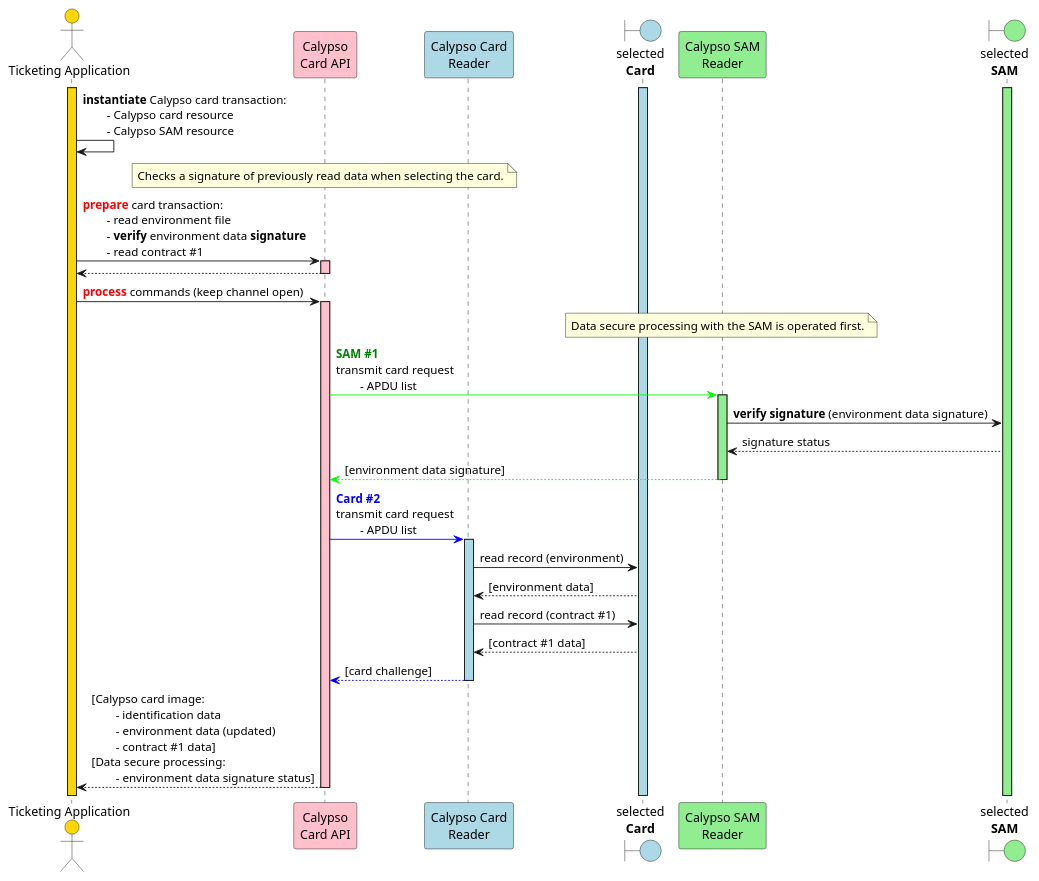
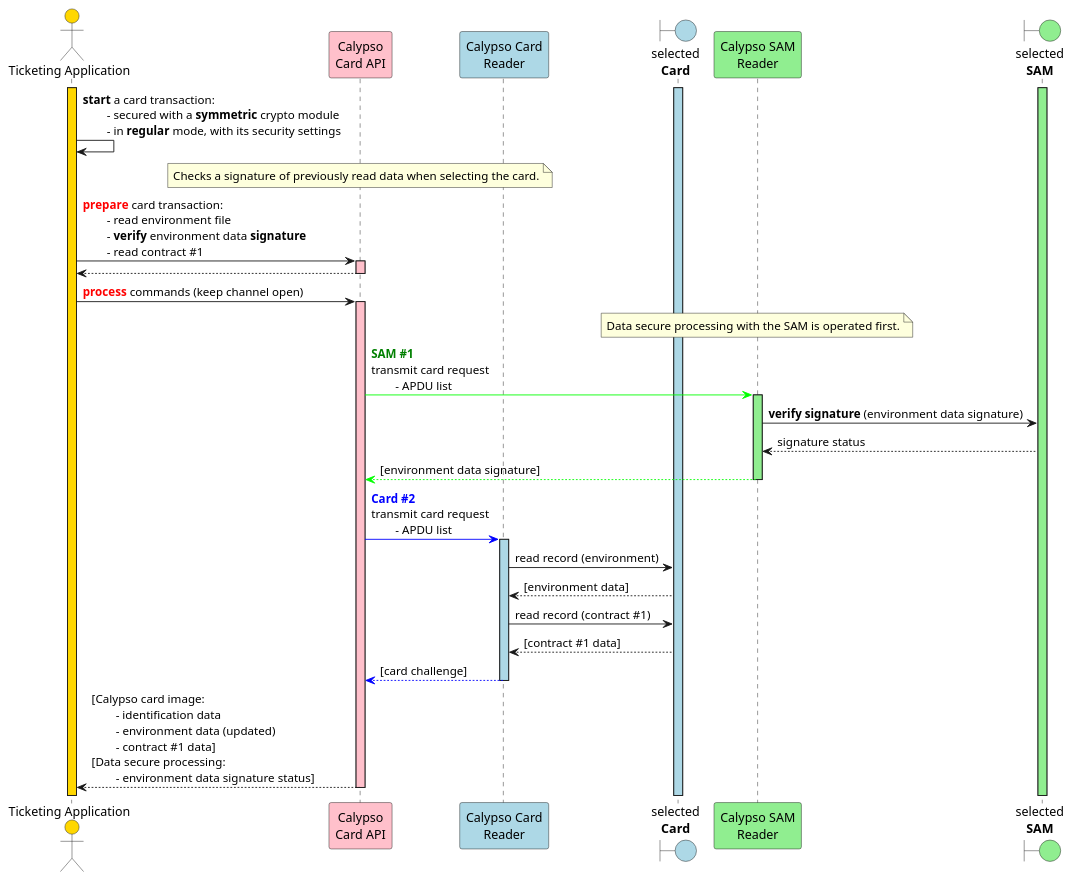
One commit to calypsonet/calypsonet-terminal-api-website changed the diagram in static/media/specifications/calypso_transaction_DSP_outside_session_sequence_diagram.puml. Above: the diagram before and after it, drawn with PlantUML. The commit also changed 19 other files, not shown here.

Commit message:
fix: update transaction descriptions in UML diagrams for clarity and consistency

```diff
--- a/static/media/specifications/calypso_transaction_DSP_outside_session_sequence_diagram.puml
+++ b/static/media/specifications/calypso_transaction_DSP_outside_session_sequence_diagram.puml
@@ -1,96 +1,96 @@
 @startuml
 
 'skinparam ClassBorderColor #F1C40F
 skinparam ClassBorderColor #D4AC0D
 skinparam stereotypeABorderColor #A9DCDF
 skinparam stereotypeIBorderColor #B4A7E5
 skinparam stereotypeCBorderColor #ADD1B2
 skinparam stereotypeEBorderColor #EB93DF
 skinparam shadowing false
 
 skinparam StateBorderColor #D4AC0D
 skinparam ActivityBorderColor #D4AC0D
 
 ' Red
 skinparam ClassBackgroundColor<<red>> #FDEDEC
 skinparam ClassBorderColor<<red>> #E74C3C
 hide <<red>> stereotype
 ' Purple
 skinparam ClassBackgroundColor<<purple>> #F4ECF7
 skinparam ClassBorderColor<<purple>> #8E44AD
 hide <<purple>> stereotype
 ' blue
 skinparam ClassBackgroundColor<<blue>> #EBF5FB
 skinparam ClassBorderColor<<blue>> #3498DB
 hide <<blue>> stereotype
 ' Green
 skinparam ClassBackgroundColor<<green>> #EAFAF1
 skinparam ClassBorderColor<<green>> #2ECC71
 hide <<green>> stereotype
 
 ' Orange
 skinparam ClassBackgroundColor<<orange>> #FDF2E9
 skinparam ClassBorderColor<<orange>> #E67E22
 hide <<orange>> stereotype
 
 ' Grey
 skinparam ClassBackgroundColor<<grey>> #EAECEE
 skinparam ClassBorderColor<<grey>> #2C3E50
 hide <<grey>> stereotype
 
 actor "Ticketing Application" as app #gold
 participant "Calypso\nCard API" as capi #pink
 participant "Calypso Card\nReader" as cardReader #lightBlue
 boundary "selected\n**Card**" as card #lightBlue
 participant "Calypso SAM\nReader" as samReader #lightGreen
 boundary "selected\n**SAM**" as sam #lightGreen
 
 activate app #gold
 activate card #lightBlue
 activate sam #lightGreen
 
-app->app: **instantiate** Calypso card transaction:\n\t- Calypso card resource\n\t- Calypso SAM resource
+app->app: **start** a card transaction:\n\t- secured with a **symmetric** crypto module\n\t- in **regular** mode, with its security settings
 
 note over capi
     Checks a signature of previously read data when selecting the card.
 end note
 
 app->capi: <font color=red>**prepare**</font> card transaction:\n\t- read environment file\n\t- **verify** environment data **signature**\n\t- read contract #1
 activate capi  #pink
 capi-->app
 deactivate capi
 
 app->capi: <font color=red>**process**</font> commands (keep channel open)
 activate capi  #pink
 
 note over samReader
     Data secure processing with the SAM is operated first.
 end note
 
 capi-[#00FF00]>samReader: <font color=green>**SAM #1**<font color=red>\ntransmit card request\n\t- APDU list
 activate samReader #lightGreen
 samReader->sam: **verify signature** (environment data signature)
 sam-->samReader: signature status
 
 samReader-[#00FF00]->capi: [environment data signature]
 deactivate samReader
 
 capi-[#0000FF]>cardReader: <font color=blue>**Card #2**</font>\ntransmit card request\n\t- APDU list
 activate cardReader #lightBlue
 
 'group Card APDU commands inside session
     cardReader->card: read record (environment)
     card-->cardReader: [environment data]
     cardReader->card: read record (contract #1)
     card-->cardReader: [contract #1 data]
 'end
 
 cardReader--[#0000FF]>capi: [card challenge]
 deactivate cardReader
 
 capi-->app: [Calypso card image:\n\t- identification data\n\t- environment data (updated)\n\t- contract #1 data]\n[Data secure processing:\n\t- environment data signature status]
 deactivate capi
 
 deactivate samReader
 deactivate capi
 @enduml
```
